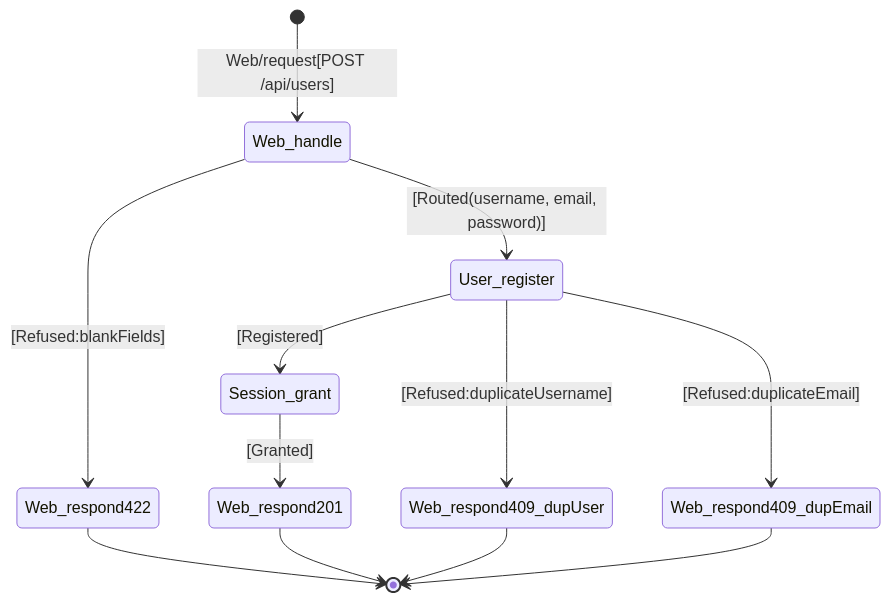
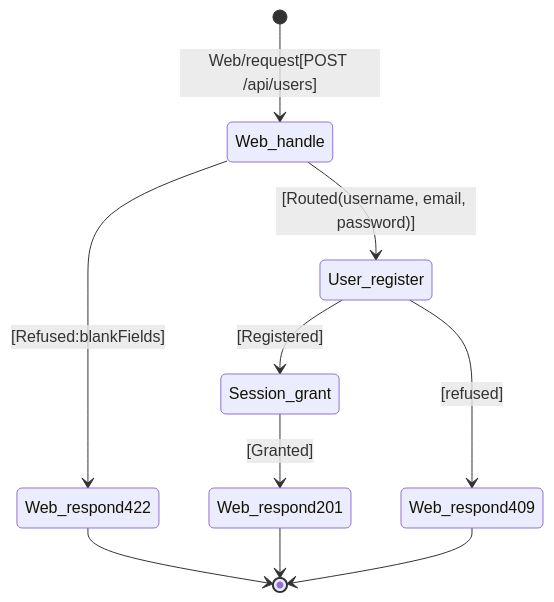
Before and after one commit to abratto/clad-realworld-conduit-app-take-2: the diagram in features/UC-01-register/stages/02b_chain-table/output/register-account-chain.md, drawn with Mermaid. The commit also changed other lines of this file and 2 other files, not shown here.

Commit message:
feat(UC-01): Stage 02 — concept specs (User, Session)
Updated chain table outcomes to match Format A (precondition
failures → 'refused'). User.register with precondition checks
for duplicate username/email. Session.grant for JWT minting.

````diff
--- a/features/UC-01-register/stages/02b_chain-table/output/register-account-chain.md
+++ b/features/UC-01-register/stages/02b_chain-table/output/register-account-chain.md
@@ -21,14 +20,12 @@
 ```mermaid
 stateDiagram-v2
     [*] --> Web_handle : Web/request[POST /api/users]
     Web_handle --> Web_respond422 : [Refused:blankFields]
     Web_respond422 --> [*]
     Web_handle --> User_register : [Routed(username, email, password)]
     User_register --> Session_grant : [Registered]
     Session_grant --> Web_respond201 : [Granted]
     Web_respond201 --> [*]
-    User_register --> Web_respond409_dupUser : [Refused:duplicateUsername]
-    User_register --> Web_respond409_dupEmail : [Refused:duplicateEmail]
-    Web_respond409_dupUser --> [*]
-    Web_respond409_dupEmail --> [*]
+    User_register --> Web_respond409 : [refused]
+    Web_respond409 --> [*]
 ```
````
